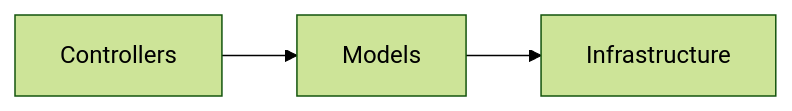
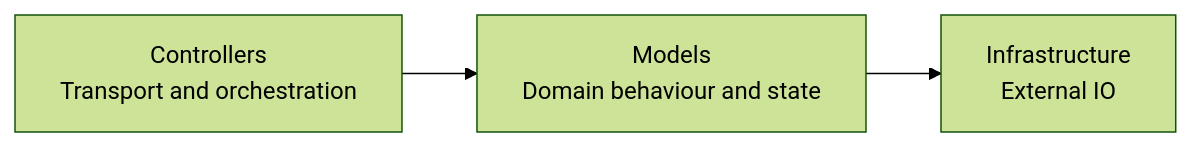
The diagram in docs/backend-architecture.md (danielronalds/wade), drawn with Mermaid (forest theme) before and after one commit.

Commit message:
docs: clarify backend dependency layers

````diff
--- a/docs/backend-architecture.md
+++ b/docs/backend-architecture.md
@@ -11,4 +11,8 @@
 ```mermaid
 flowchart LR
+    Controllers[Controllers<br/>Transport and orchestration]
+    Models[Models<br/>Domain behaviour and state]
+    Infrastructure[Infrastructure<br/>External IO]
+
     Controllers --> Models --> Infrastructure
 ```
````
